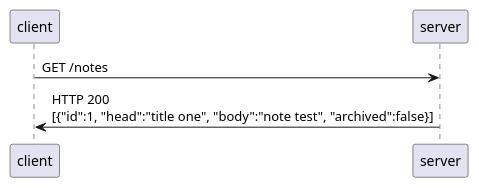
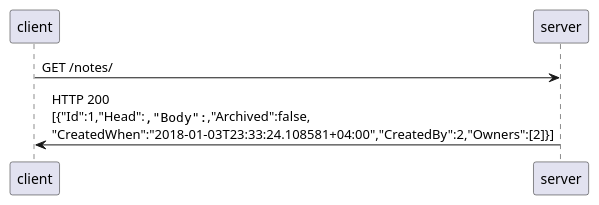
One commit to EvilKhaosKat/notes-sharing changed the fifth of 8 diagrams in docs/notes_sharing.org. Above: the diagram before and after it, drawn with PlantUML. The commit also changed other lines of this file and 6 other files, not shown here.

```diff
--- a/docs/notes_sharing.org
+++ b/docs/notes_sharing.org
@@ -47,4 +48,4 @@
  #+BEGIN_SRC plantuml :file images/notes/get_positive.png
-   client -> server: GET /notes
-   server -> client: HTTP 200\n[{"id":1, "head":"title one", "body":"note test", "archived":false}]
+   client -> server: GET /notes/
+   server -> client: HTTP 200\n[{"Id":1,"Head":"","Body":"","Archived":false,\n"CreatedWhen":"2018-01-03T23:33:24.108581+04:00","CreatedBy":2,"Owners":[2]}]
  #+END_SRC
```
